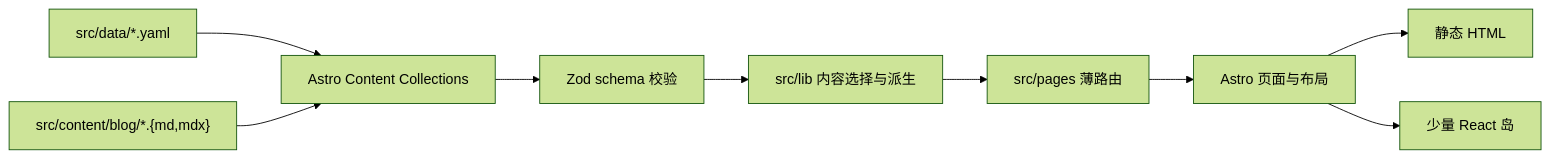
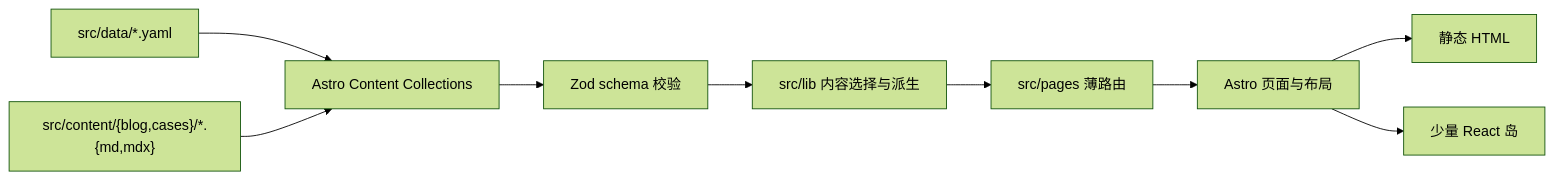
Before and after one commit to honestman9527/homepage: the diagram in docs/architecture.md, drawn with Mermaid (forest theme). The commit also changed other lines of this file and 28 other files, not shown here.

````diff
--- a/docs/architecture.md
+++ b/docs/architecture.md
@@ -7,11 +7,11 @@
 ```mermaid
 flowchart LR
   A["src/data/*.yaml"] --> C["Astro Content Collections"]
-  B["src/content/blog/*.{md,mdx}"] --> C
+  B["src/content/{blog,cases}/*.{md,mdx}"] --> C
   C --> D["Zod schema 校验"]
   D --> E["src/lib 内容选择与派生"]
   E --> F["src/pages 薄路由"]
   F --> G["Astro 页面与布局"]
   G --> H["静态 HTML"]
   G --> I["少量 React 岛"]
 ```
````
